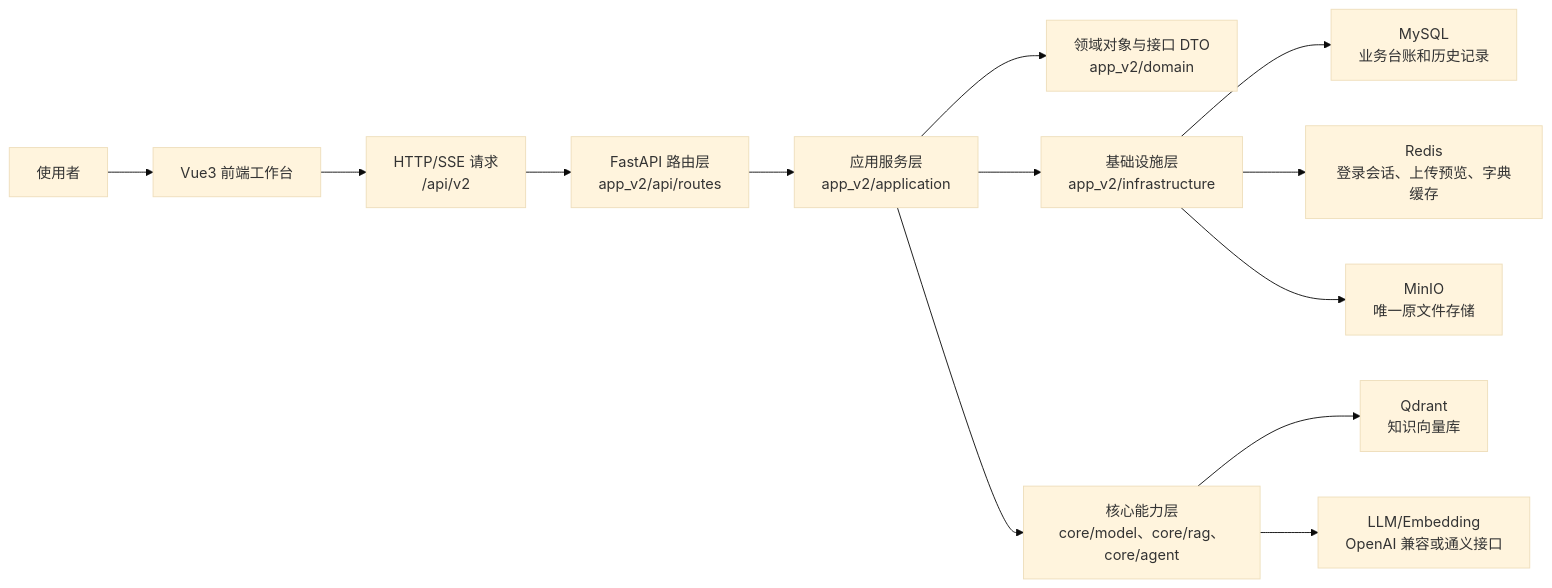
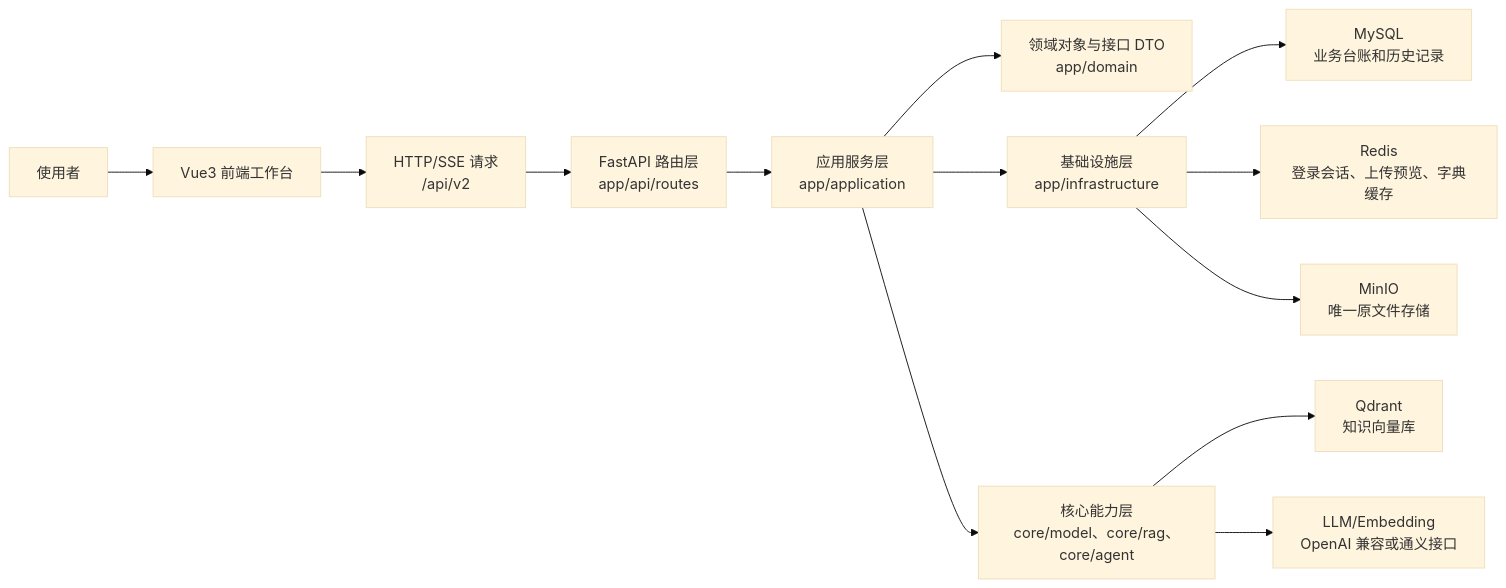
One commit to chen-liang-22/AI_RAG_Agent_Project changed the diagram in docs/整体分析/01-项目概要设计.md. Above: the diagram before and after it, drawn with Mermaid (base theme). The commit also changed other lines of this file and 140 other files, not shown here.

````diff
--- a/docs/整体分析/01-项目概要设计.md
+++ b/docs/整体分析/01-项目概要设计.md
@@ -11,15 +11,15 @@
 ```mermaid
 flowchart LR
   U["使用者"] --> F["Vue3 前端工作台"]
   F --> H["HTTP/SSE 请求<br/>/api/v2"]
-  H --> R["FastAPI 路由层<br/>app_v2/api/routes"]
-  R --> A["应用服务层<br/>app_v2/application"]
-  A --> D["领域对象与接口 DTO<br/>app_v2/domain"]
-  A --> I["基础设施层<br/>app_v2/infrastructure"]
+  H --> R["FastAPI 路由层<br/>app/api/routes"]
+  R --> A["应用服务层<br/>app/application"]
+  A --> D["领域对象与接口 DTO<br/>app/domain"]
+  A --> I["基础设施层<br/>app/infrastructure"]
   A --> C["核心能力层<br/>core/model、core/rag、core/agent"]
   I --> M["MySQL<br/>业务台账和历史记录"]
   I --> Redis["Redis<br/>登录会话、上传预览、字典缓存"]
   I --> MinIO["MinIO<br/>唯一原文件存储"]
   C --> Q["Qdrant<br/>知识向量库"]
   C --> L["LLM/Embedding<br/>OpenAI 兼容或通义接口"]
 ```
````
